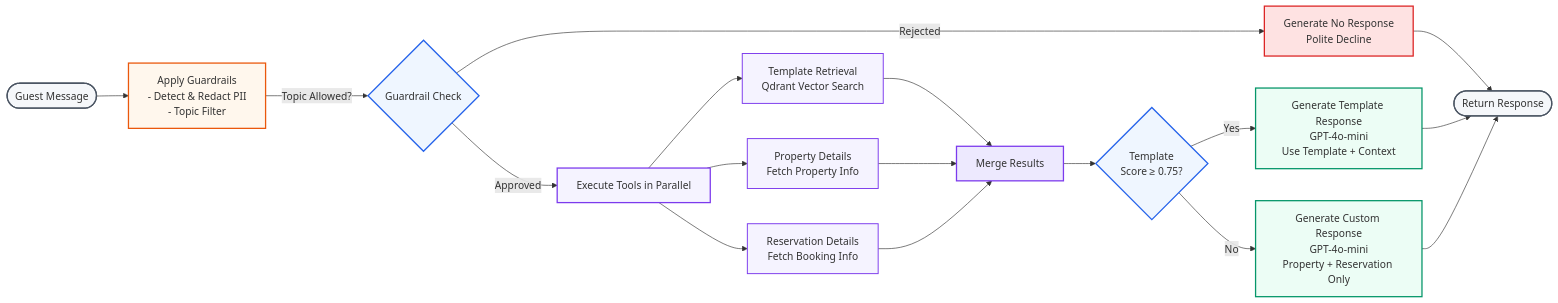
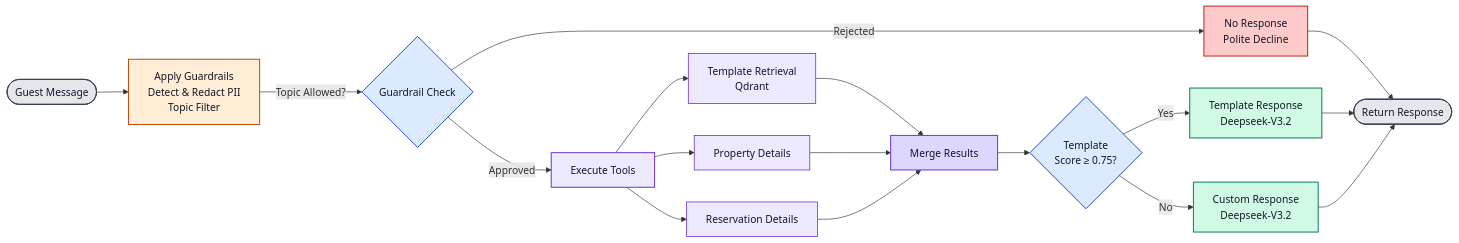
One commit to tyagiprnv/AI-Guest-Response-Agent changed the diagram in README.md. Above: the diagram before and after it, drawn with Mermaid.

Commit message:
Refactor Mermaid diagram styles in README.md

````diff
--- a/README.md
+++ b/README.md
@@ -19,51 +19,51 @@
 ```mermaid
 graph LR
-    Start([Guest Message]) --> Guardrails[Apply Guardrails<br/>- Detect & Redact PII<br/>- Topic Filter]
+    Start([Guest Message]) --> Guardrails[Apply Guardrails<br/>Detect & Redact PII<br/>Topic Filter]
 
     Guardrails -->|Topic Allowed?| Decision{Guardrail Check}
 
-    Decision -->|Rejected| NoResponse[Generate No Response<br/>Polite Decline]
-    Decision -->|Approved| Tools[Execute Tools in Parallel]
+    Decision -->|Rejected| NoResponse[No Response<br/>Polite Decline]
+    Decision -->|Approved| Tools[Execute Tools]
 
-    Tools --> T1[Template Retrieval<br/>Qdrant Vector Search]
-    Tools --> T2[Property Details<br/>Fetch Property Info]
-    Tools --> T3[Reservation Details<br/>Fetch Booking Info]
+    Tools --> T1[Template Retrieval<br/>Qdrant]
+    Tools --> T2[Property Details]
+    Tools --> T3[Reservation Details]
 
     T1 --> Merge[Merge Results]
     T2 --> Merge
     T3 --> Merge
 
     Merge --> ResponseDecision{Template<br/>Score ≥ 0.75?}
 
-    ResponseDecision -->|Yes| TemplateResponse[Generate Template Response<br/>GPT-4o-mini<br/>Use Template + Context]
-    ResponseDecision -->|No| CustomResponse[Generate Custom Response<br/>GPT-4o-mini<br/>Property + Reservation Only]
+    ResponseDecision -->|Yes| TemplateResponse[Template Response<br/>Deepseek-V3.2]
+    ResponseDecision -->|No| CustomResponse[Custom Response<br/>Deepseek-V3.2]
 
     NoResponse --> End([Return Response])
     TemplateResponse --> End
     CustomResponse --> End
 
     %% Entry / Exit
-    style Start fill:#F5F7FA,stroke:#4B5563,stroke-width:2px
-    style End fill:#F5F7FA,stroke:#4B5563,stroke-width:2px
+    style Start fill:#E5E7EB,stroke:#374151,stroke-width:1.5px,color:#111827
+    style End fill:#E5E7EB,stroke:#374151,stroke-width:1.5px,color:#111827
 
     %% Guardrails / Safety
-    style Guardrails fill:#FFF7ED,stroke:#EA580C,stroke-width:2px
-    style NoResponse fill:#FEE2E2,stroke:#DC2626,stroke-width:2px
+    style Guardrails fill:#FFEDD5,stroke:#C2410C,stroke-width:1.5px,color:#111827
+    style NoResponse fill:#FECACA,stroke:#B91C1C,stroke-width:1.5px,color:#111827
 
     %% Decisions
-    style Decision fill:#EFF6FF,stroke:#2563EB,stroke-width:2px
-    style ResponseDecision fill:#EFF6FF,stroke:#2563EB,stroke-width:2px
+    style Decision fill:#DBEAFE,stroke:#1D4ED8,stroke-width:1.5px,color:#111827
+    style ResponseDecision fill:#DBEAFE,stroke:#1D4ED8,stroke-width:1.5px,color:#111827
 
     %% Tool execution
-    style Tools fill:#F5F3FF,stroke:#7C3AED,stroke-width:2px
-    style T1 fill:#F5F3FF,stroke:#7C3AED,stroke-width:1.5px
-    style T2 fill:#F5F3FF,stroke:#7C3AED,stroke-width:1.5px
-    style T3 fill:#F5F3FF,stroke:#7C3AED,stroke-width:1.5px
-    style Merge fill:#EDE9FE,stroke:#7C3AED,stroke-width:2px
+    style Tools fill:#EDE9FE,stroke:#6D28D9,stroke-width:1.5px,color:#111827
+    style T1 fill:#EDE9FE,stroke:#6D28D9,stroke-width:1.2px,color:#111827
+    style T2 fill:#EDE9FE,stroke:#6D28D9,stroke-width:1.2px,color:#111827
+    style T3 fill:#EDE9FE,stroke:#6D28D9,stroke-width:1.2px,color:#111827
+    style Merge fill:#DDD6FE,stroke:#6D28D9,stroke-width:1.5px,color:#111827
 
     %% Successful responses
-    style TemplateResponse fill:#ECFDF5,stroke:#059669,stroke-width:2px
-    style CustomResponse fill:#ECFDF5,stroke:#059669,stroke-width:2px
+    style TemplateResponse fill:#D1FAE5,stroke:#047857,stroke-width:1.5px,color:#111827
+    style CustomResponse fill:#D1FAE5,stroke:#047857,stroke-width:1.5px,color:#111827
 
 
 ```
````
